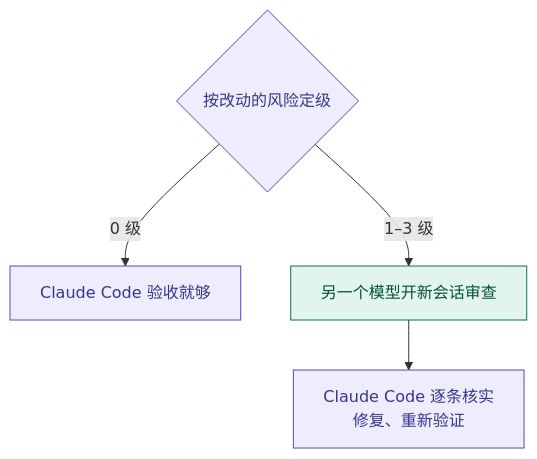
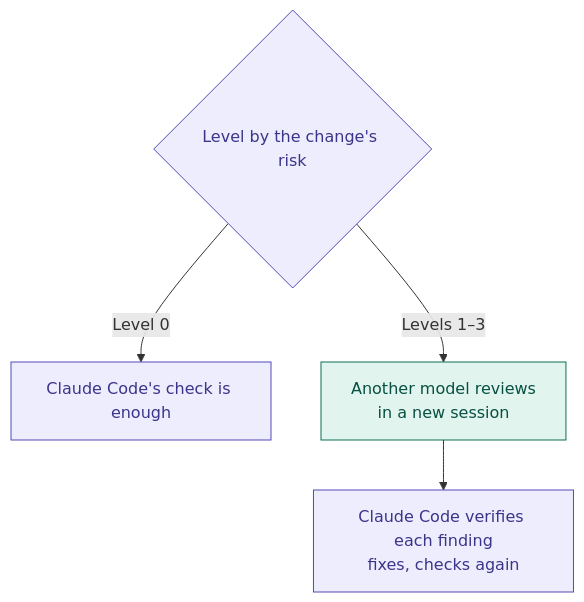
The fourth of 4 diagrams in README.md (DaydayupV/claude-foreman), drawn with Mermaid before and after one commit. The commit also changed other lines of this file and 2 other files, not shown here.

````diff
--- a/README.md
+++ b/README.md
@@ -98,11 +138,11 @@
 ```mermaid
 flowchart TD
-    v0{"按改动的风险定级"} -- "0 级" --> vself["Claude Code 验收就够"]
-    v0 -- "1–3 级" --> vnew["另一个模型开新会话审查"]
-    vnew --> vfix["Claude Code 逐条核实<br/>修复、重新验证"]
+    v0{"Level by the change's risk"} -- "Level 0" --> vself["Claude Code's check is enough"]
+    v0 -- "Levels 1–3" --> vnew["Another model reviews<br/>in a new session"]
+    vnew --> vfix["Claude Code verifies each finding<br/>fixes, checks again"]
 
     classDef claude fill:#EEEDFE,stroke:#534AB7,color:#3C3489
     classDef agent fill:#E1F5EE,stroke:#0F6E56,color:#085041
     class v0,vself,vfix claude
     class vnew agent
 ```
````
